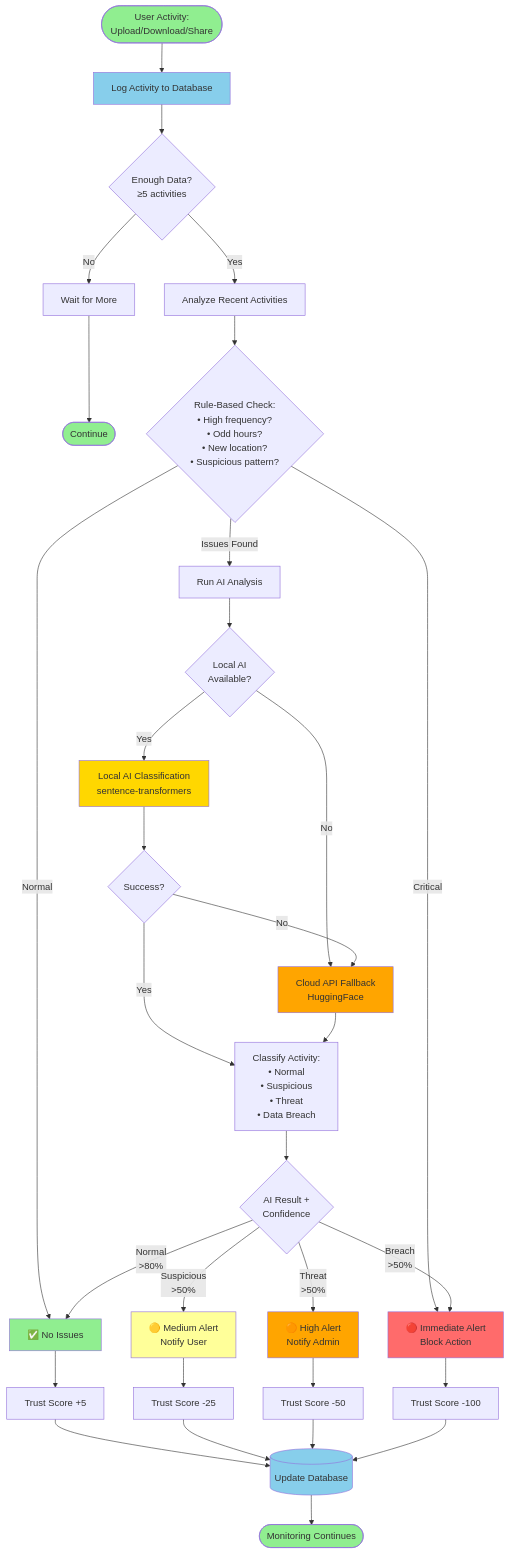
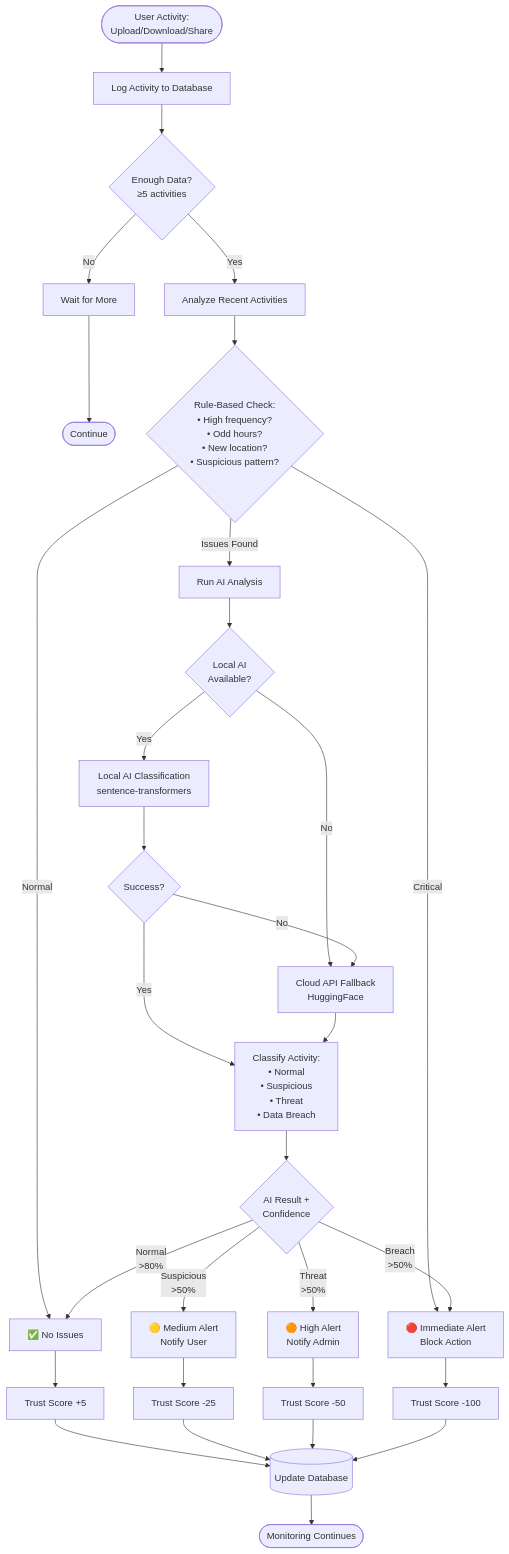
Before and after one commit to vikas-hanje/locknshare: the second of 3 diagrams in SYSTEM_FLOWCHARTS_SIMPLE.md, drawn with Mermaid. The commit also changed other lines of this file and 1 other file, not shown here.

Commit message:
clean designs for flowcharts

````diff
--- a/SYSTEM_FLOWCHARTS_SIMPLE.md
+++ b/SYSTEM_FLOWCHARTS_SIMPLE.md
@@ -65,57 +56,45 @@
 ```mermaid
 flowchart TD
     Trigger([User Activity:<br/>Upload/Download/Share]) --> Log[Log Activity to Database]
     
     Log --> Collect{Enough Data?<br/>≥5 activities}
     Collect -->|No| Wait[Wait for More]
     Collect -->|Yes| Analyze[Analyze Recent Activities]
     
     Wait --> End1([Continue])
     
     Analyze --> Rules{Rule-Based Check:<br/>• High frequency?<br/>• Odd hours?<br/>• New location?<br/>• Suspicious pattern?}
     
     Rules -->|Critical| Alert1[🔴 Immediate Alert<br/>Block Action]
     Rules -->|Issues Found| AICheck[Run AI Analysis]
     Rules -->|Normal| NoIssue[✅ No Issues]
     
     AICheck --> TryAI{Local AI<br/>Available?}
     
     TryAI -->|Yes| LocalAI[Local AI Classification<br/>sentence-transformers]
     TryAI -->|No| CloudAI[Cloud API Fallback<br/>HuggingFace]
     
     LocalAI --> Timeout{Success?}
     Timeout -->|No| CloudAI
     Timeout -->|Yes| Classify[Classify Activity:<br/>• Normal<br/>• Suspicious<br/>• Threat<br/>• Data Breach]
     CloudAI --> Classify
     
     Classify --> Severity{AI Result +<br/>Confidence}
     
     Severity -->|Normal<br/>>80%| NoIssue
     Severity -->|Suspicious<br/>>50%| Alert2[🟡 Medium Alert<br/>Notify User]
     Severity -->|Threat<br/>>50%| Alert3[🟠 High Alert<br/>Notify Admin]
     Severity -->|Breach<br/>>50%| Alert1
     
     NoIssue --> Trust1[Trust Score +5]
     Alert2 --> Trust2[Trust Score -25]
     Alert3 --> Trust3[Trust Score -50]
     Alert1 --> Trust4[Trust Score -100]
     
     Trust1 --> Save[(Update Database)]
     Trust2 --> Save
     Trust3 --> Save
     Trust4 --> Save
     
     Save --> End2([Monitoring Continues])
-    
-    style Trigger fill:#90EE90
-    style End1 fill:#90EE90
-    style End2 fill:#90EE90
-    style Log fill:#87CEEB
-    style Save fill:#87CEEB
-    style LocalAI fill:#FFD700
-    style CloudAI fill:#FFA500
-    style NoIssue fill:#90EE90
-    style Alert2 fill:#FFFF99
-    style Alert3 fill:#FFA500
-    style Alert1 fill:#FF6B6B
 ```
````
